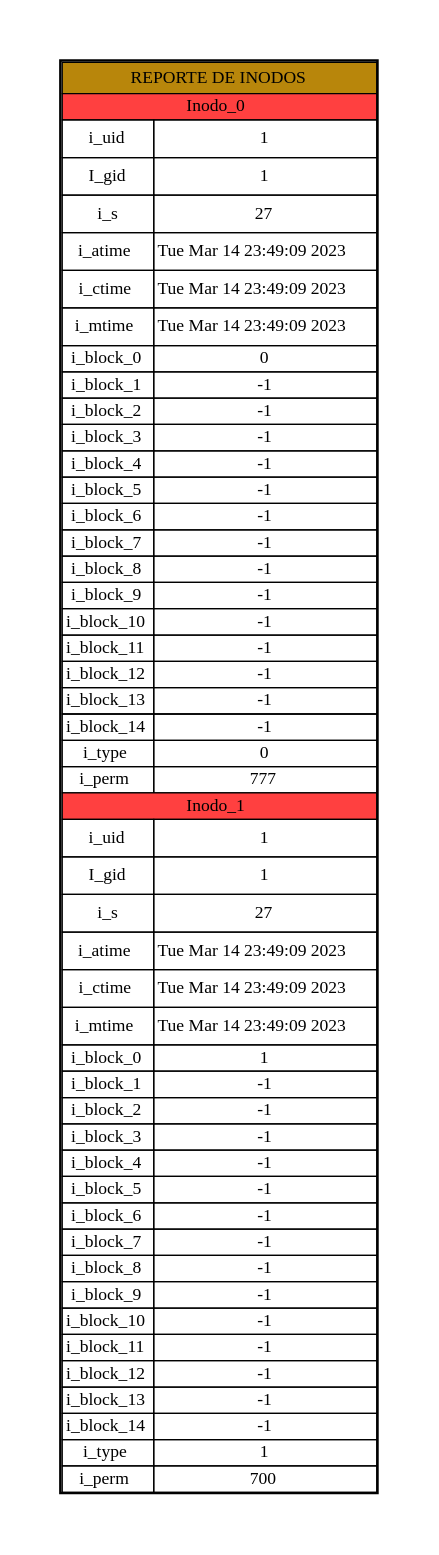
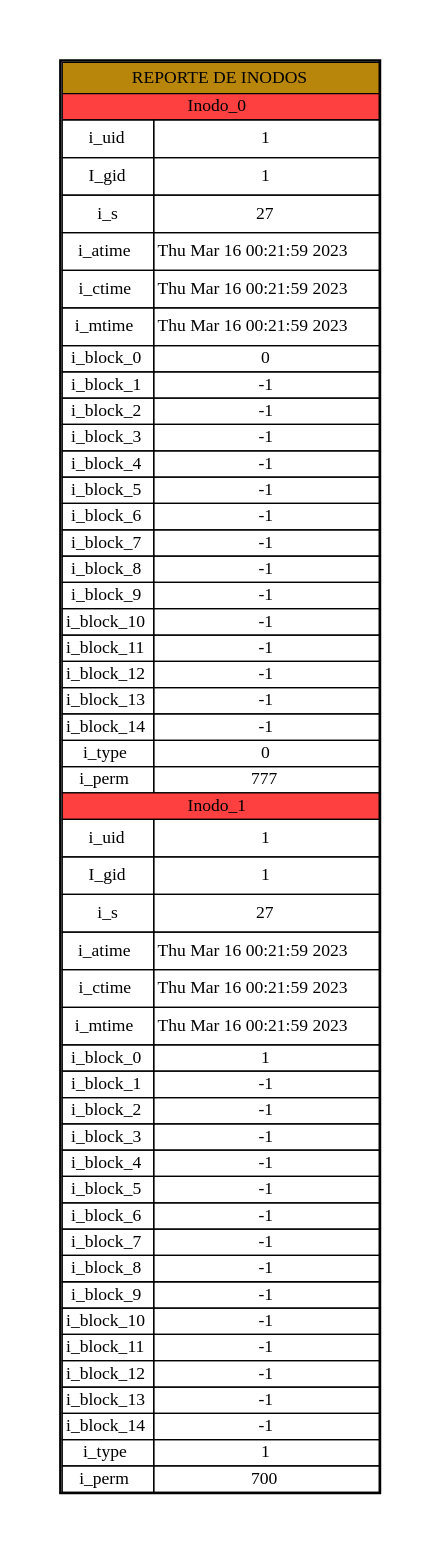
Before and after one commit to Tiwue/MIA_201903974_Proyecto1_S1_2023: the diagram in Results/report.dot, drawn with Graphviz. The commit also changed 32 other files, not shown here.

```diff
--- a/Results/report.dot
+++ b/Results/report.dot
@@ -31,19 +31,19 @@
 
 <TR>
 <TD HEIGHT="30" >i_atime</TD>
-<TD WIDTH="100" >Tue Mar 14 23:49:09 2023
+<TD WIDTH="100" >Thu Mar 16 00:21:59 2023
 </TD>
 </TR>
 
 <TR>
 <TD HEIGHT="30" >i_ctime</TD>
-<TD WIDTH="100" >Tue Mar 14 23:49:09 2023
+<TD WIDTH="100" >Thu Mar 16 00:21:59 2023
 </TD>
 </TR>
 
 <TR>
 <TD HEIGHT="30" >i_mtime</TD>
-<TD WIDTH="100" >Tue Mar 14 23:49:09 2023
+<TD WIDTH="100" >Thu Mar 16 00:21:59 2023
 </TD>
 </TR>
 
@@ -153,19 +153,19 @@
 
 <TR>
 <TD HEIGHT="30" >i_atime</TD>
-<TD WIDTH="100" >Tue Mar 14 23:49:09 2023
+<TD WIDTH="100" >Thu Mar 16 00:21:59 2023
 </TD>
 </TR>
 
 <TR>
 <TD HEIGHT="30" >i_ctime</TD>
-<TD WIDTH="100" >Tue Mar 14 23:49:09 2023
+<TD WIDTH="100" >Thu Mar 16 00:21:59 2023
 </TD>
 </TR>
 
 <TR>
 <TD HEIGHT="30" >i_mtime</TD>
-<TD WIDTH="100" >Tue Mar 14 23:49:09 2023
+<TD WIDTH="100" >Thu Mar 16 00:21:59 2023
 </TD>
 </TR>
 
```
